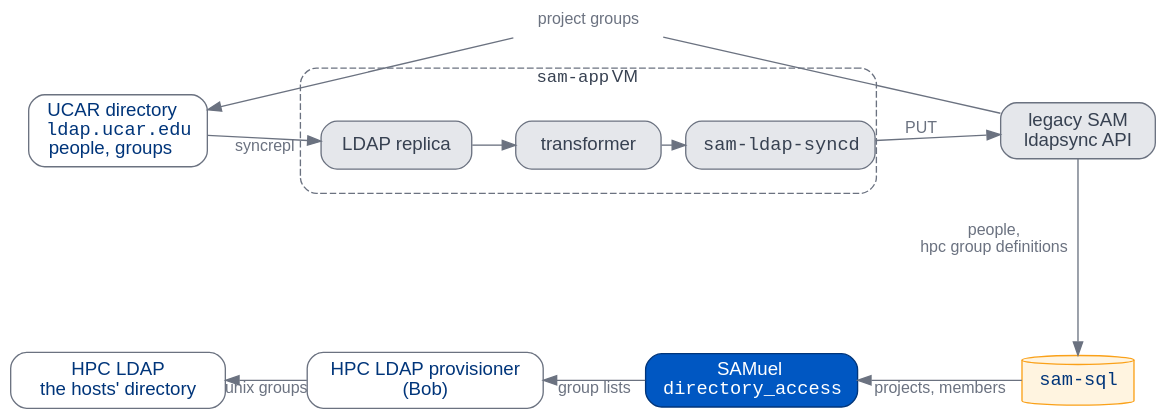
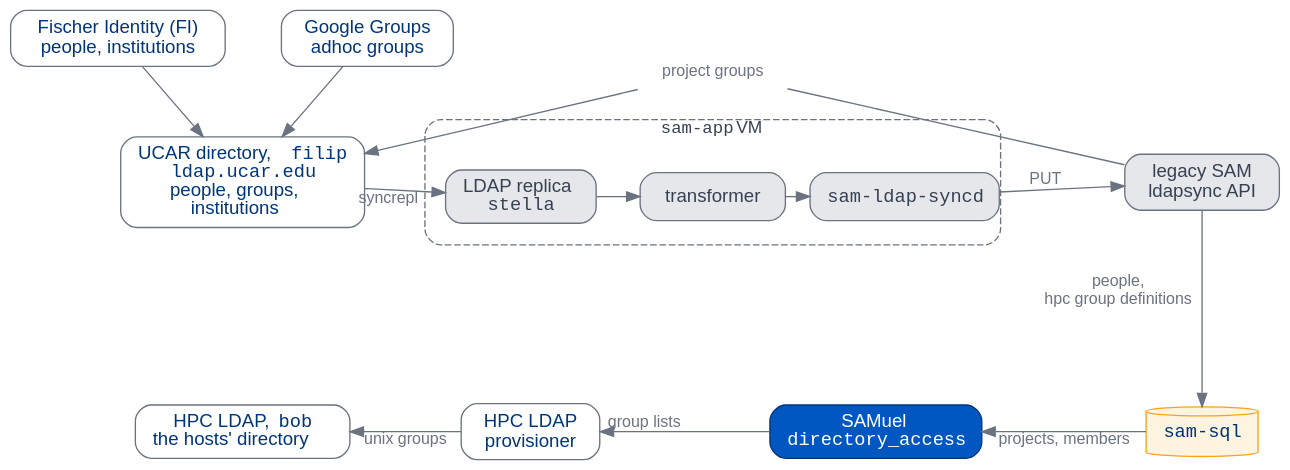
One commit to benkirk/sam-queries changed the sixth of 7 diagrams in docs/presentations/samuel/_4-systems.qmd. Above: the diagram before and after it, drawn with Graphviz. The commit also changed other lines of this file and 47 other files, not shown here.

````diff
--- a/docs/presentations/samuel/_4-systems.qmd
+++ b/docs/presentations/samuel/_4-systems.qmd
@@ -551,34 +563,38 @@
 ```{dot}
 //| fig-width: 10
 digraph Loop {
   graph [layout=neato, splines=true, bgcolor="transparent"];
   node  [shape=box, style="rounded,filled", fontname="Helvetica", fontsize=14,
          fillcolor="#FFFFFF", color="#6B7280", fontcolor="#00357A", margin="0.18,0.08"];
   edge  [fontname="Helvetica", fontsize=12, color="#6B7280", fontcolor="#6B7280"];
   // the sam-app VM, drawn first so it sits behind its three services
   box    [label=<<FONT FACE="Courier">sam-app</FONT>&#160;VM>, labelloc=t, shape=box, style="rounded,dashed", width=6.0, height=1.3,
           fixedsize=true, color="#6B7280", fontcolor="#374151", fontsize=13, pos="5.3,2.6!"];
-  dir    [label=<UCAR directory<BR/><FONT FACE="Courier">ldap.ucar.edu</FONT><BR/>people, groups>, pos="0.4,2.6!"];
-  repl   [label="LDAP replica", pos="3.3,2.45!", fillcolor="#E5E7EB", fontcolor="#374151"];
+  fi     [label="Fischer Identity (FI)\npeople, institutions", pos="-0.9,4.1!"];
+  gg     [label="Google Groups\nadhoc groups", pos="1.7,4.1!"];
+  dir    [label=<UCAR directory, <FONT FACE="Courier">filip</FONT><BR/><FONT FACE="Courier">ldap.ucar.edu</FONT><BR/>people, groups,<BR/>institutions>, pos="0.4,2.6!"];
+  repl   [label=<LDAP replica<BR/><FONT FACE="Courier">stella</FONT>>, pos="3.3,2.45!", fillcolor="#E5E7EB", fontcolor="#374151"];
   xf     [label="transformer", pos="5.3,2.45!", fillcolor="#E5E7EB", fontcolor="#374151"];
   syncd  [label=<<FONT FACE="Courier">sam-ldap-syncd</FONT>>, pos="7.3,2.45!", fillcolor="#E5E7EB", fontcolor="#374151"];
   tomcat [label="legacy SAM\nldapsync API", pos="10.4,2.6!", fillcolor="#E5E7EB", fontcolor="#374151"];
   sql    [label=<<FONT FACE="Courier">sam-sql</FONT>>, pos="10.4,0!", shape=cylinder, fillcolor="#FFF4E0", color="#FAA119"];
   samuel [label=<SAMuel<BR/><FONT FACE="Courier">directory_access</FONT>>, pos="7.0,0!", fillcolor="#0057C2", color="#00357A",
           fontcolor="#FFFFFF"];
-  prov   [label="HPC LDAP provisioner\n(Bob)", pos="3.6,0!"];
-  hpcldap [label="HPC LDAP\nthe hosts' directory", pos="0.4,0!"];
+  prov   [label="HPC LDAP\nprovisioner", pos="3.4,0!"];
+  hpcldap [label=<HPC LDAP, <FONT FACE="Courier">bob</FONT><BR/>the hosts' directory>, pos="0.4,0!"];
+  fi -> dir;
+  gg -> dir;
   dir -> repl [label="syncrepl"];
   repl -> xf; xf -> syncd;
   syncd -> tomcat [label="PUT"];
   tomcat -> sql [label="people,\nhpc group definitions"];
   // project groups go back over the top, through an invisible waypoint
   wp     [label="project groups", shape=plaintext, style="", fontsize=12, fontcolor="#6B7280",
           pos="5.3,3.75!"];
   tomcat -> wp [arrowhead=none];
   wp -> dir;
   sql -> samuel [label="projects, members"];
   samuel -> prov [label="group lists"];
   prov -> hpcldap [label="unix groups"];
 }
 ```
````
